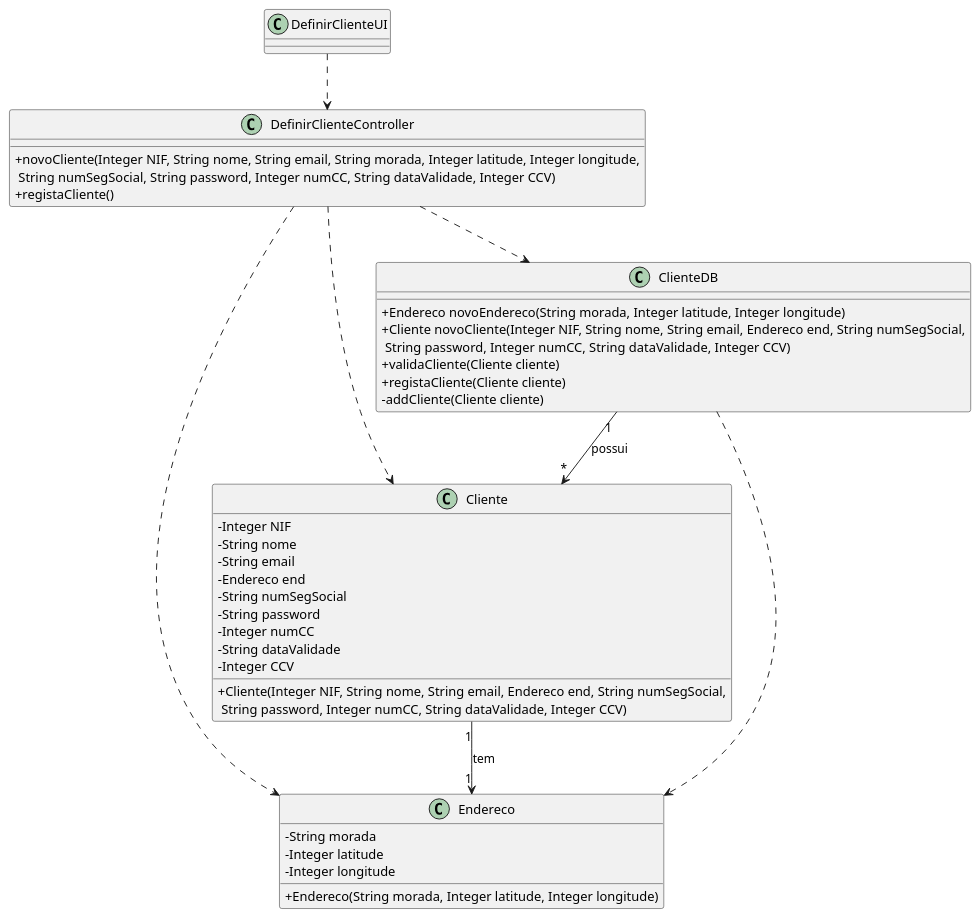
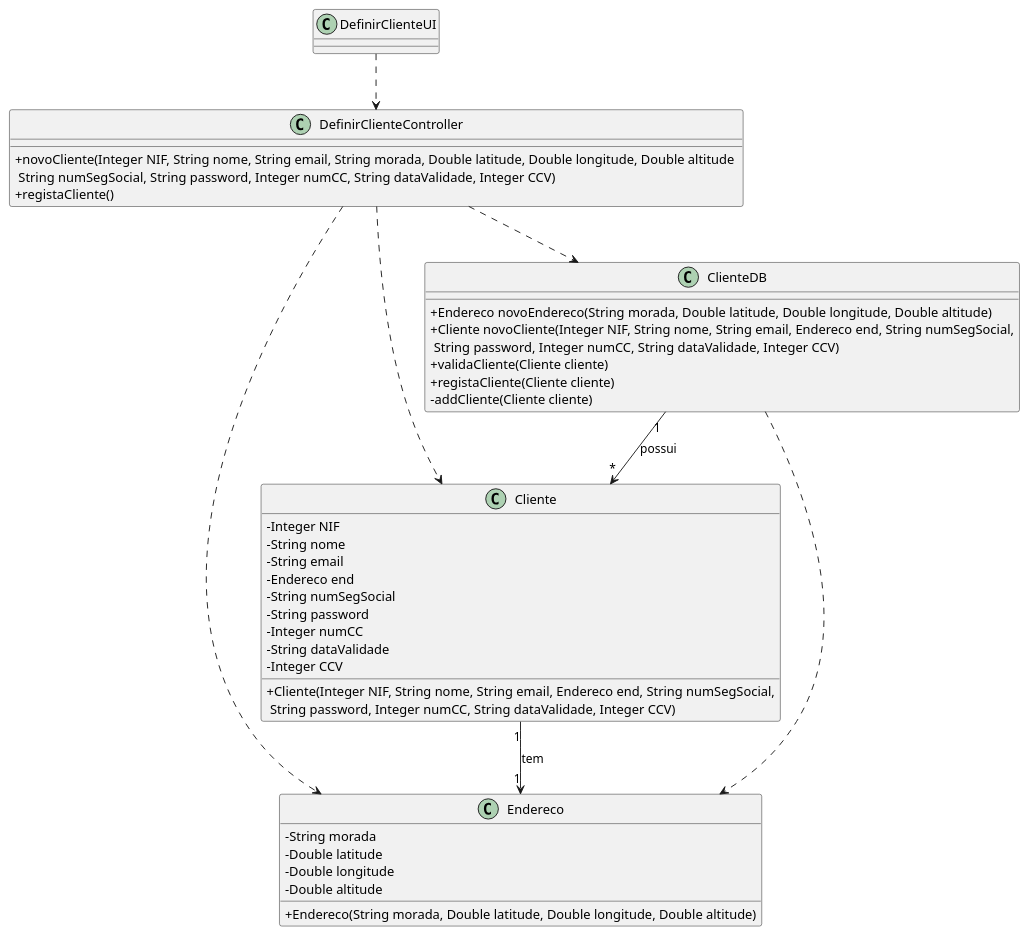
One commit to pedrolemos4/LAPR3 changed the diagram in docs/UC7/CD-REGISTAR CLIENTE.puml. Above: the diagram before and after it, drawn with PlantUML. The commit also changed 7 other files, not shown here.

```diff
--- a/docs/UC7/CD-REGISTAR CLIENTE.puml
+++ b/docs/UC7/CD-REGISTAR CLIENTE.puml
@@ -1,51 +1,52 @@
 @startuml
 skinparam classAttributeIconSize 0
 
 class Cliente {
   -Integer NIF
   -String nome
   -String email
   -Endereco end
   -String numSegSocial
   -String password
   -Integer numCC
   -String dataValidade
   -Integer CCV
   +Cliente(Integer NIF, String nome, String email, Endereco end, String numSegSocial,\n String password, Integer numCC, String dataValidade, Integer CCV)
 }
 
 class Endereco {
   -String morada
-  -Integer latitude
-  -Integer longitude
-  +Endereco(String morada, Integer latitude, Integer longitude)
+  -Double latitude
+  -Double longitude
+  -Double altitude 
+  +Endereco(String morada, Double latitude, Double longitude, Double altitude)
 }
 
 class ClienteDB {
-  +Endereco novoEndereco(String morada, Integer latitude, Integer longitude)
+  +Endereco novoEndereco(String morada, Double latitude, Double longitude, Double altitude)
   +Cliente novoCliente(Integer NIF, String nome, String email, Endereco end, String numSegSocial,\n String password, Integer numCC, String dataValidade, Integer CCV)
   +validaCliente(Cliente cliente)
   +registaCliente(Cliente cliente)
   -addCliente(Cliente cliente)
 }
 
 class DefinirClienteController {
-  +novoCliente(Integer NIF, String nome, String email, String morada, Integer latitude, Integer longitude,\n String numSegSocial, String password, Integer numCC, String dataValidade, Integer CCV)
+  +novoCliente(Integer NIF, String nome, String email, String morada, Double latitude, Double longitude, Double altitude \n String numSegSocial, String password, Integer numCC, String dataValidade, Integer CCV)
   +registaCliente()
 }
 
 class DefinirClienteUI {
   
 }
 
 DefinirClienteUI ..> DefinirClienteController
 DefinirClienteController ..> ClienteDB
 DefinirClienteController ..> Cliente
 DefinirClienteController ..> Endereco
 ClienteDB ..> Endereco
 
 ClienteDB "1" --> "*" Cliente : possui
 Cliente "1" --> "1" Endereco : tem
 
 
 @enduml
```
